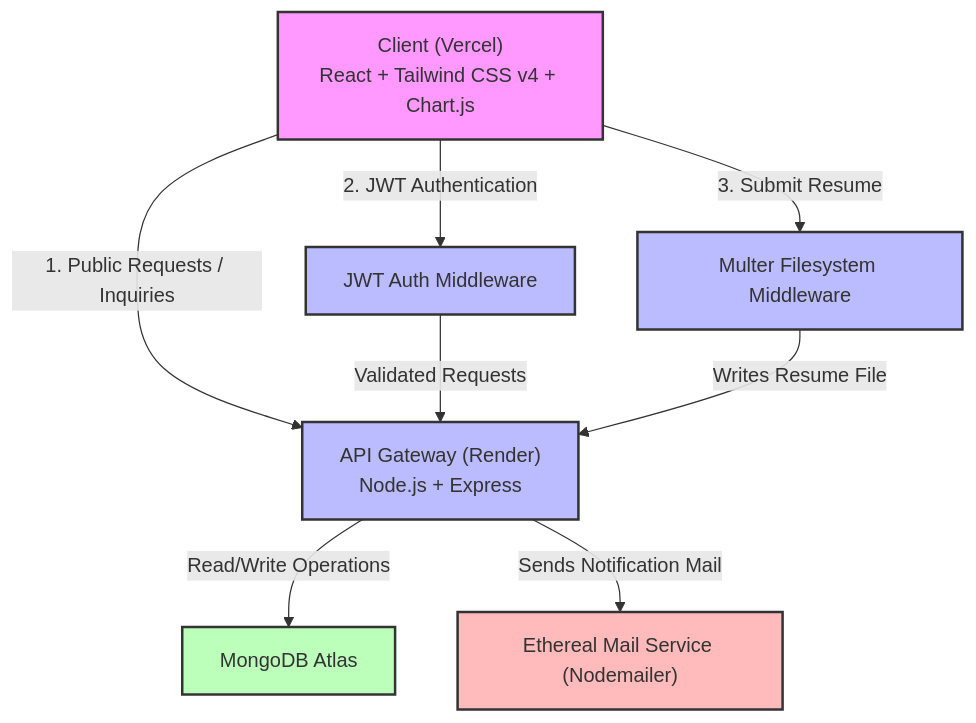
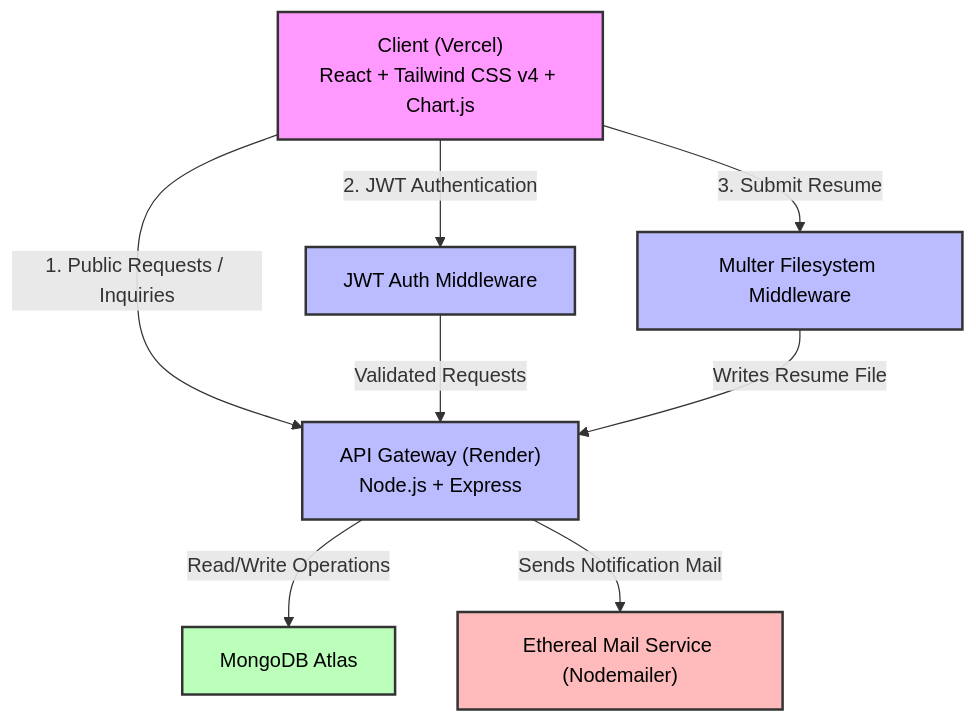
Before and after one commit to nawalkant145/trialshopy-company-portfolio: the first of 2 diagrams in README.md, drawn with Mermaid.

Commit message:
style: fix text color contrast in system architecture Mermaid diagram

````diff
--- a/README.md
+++ b/README.md
@@ -48,24 +48,24 @@
 ```mermaid
 graph TD
-    classDef client fill:#f9f,stroke:#333,stroke-width:2px;
-    classDef server fill:#bbf,stroke:#333,stroke-width:2px;
-    classDef db fill:#bfb,stroke:#333,stroke-width:2px;
-    classDef external fill:#fbb,stroke:#333,stroke-width:2px;
+    classDef client fill:#f9f,stroke:#333,stroke-width:2px,color:#000;
+    classDef server fill:#bbf,stroke:#333,stroke-width:2px,color:#000;
+    classDef db fill:#bfb,stroke:#333,stroke-width:2px,color:#000;
+    classDef external fill:#fbb,stroke:#333,stroke-width:2px,color:#000;
 
     %% Components
     Client["Client (Vercel)<br/>React + Tailwind CSS v4 + Chart.js"]:::client
     API["API Gateway (Render)<br/>Node.js + Express"]:::server
     AuthMiddleware["JWT Auth Middleware"]:::server
     UploadMiddleware["Multer Filesystem Middleware"]:::server
     Database["MongoDB Atlas"]:::db
     MailServer["Ethereal Mail Service (Nodemailer)"]:::external
 
     %% Relations
     Client -->|1. Public Requests / Inquiries| API
     Client -->|2. JWT Authentication| AuthMiddleware
     Client -->|3. Submit Resume| UploadMiddleware
     AuthMiddleware -->|Validated Requests| API
     UploadMiddleware -->|Writes Resume File| API
     API -->|Read/Write Operations| Database
     API -->|Sends Notification Mail| MailServer
 ```
````
